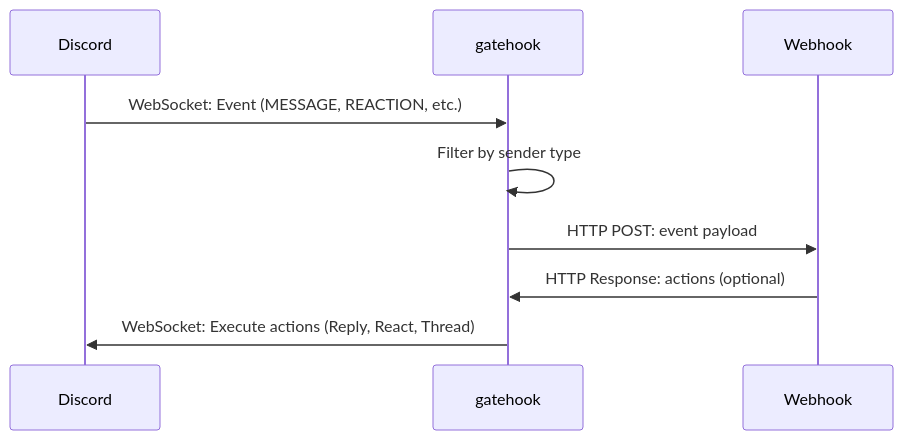
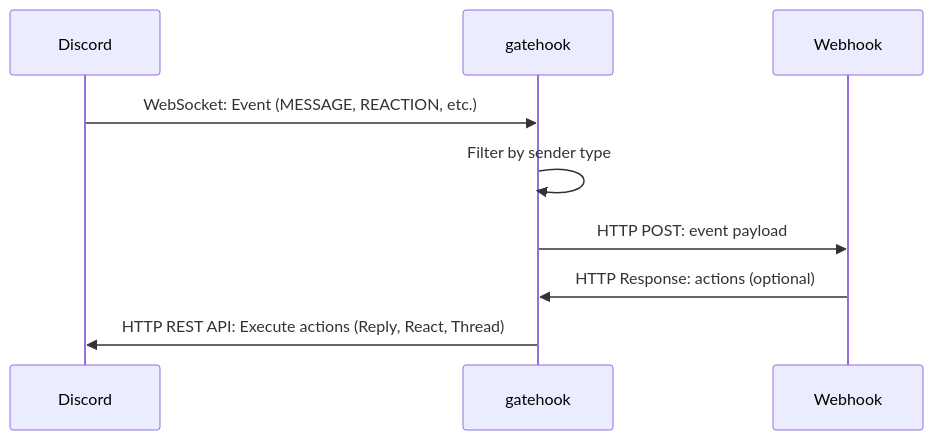
One commit to a24k/gatehook changed the diagram in README.md. Above: the diagram before and after it, drawn with Mermaid.

Commit message:
docs: Fix protocol for Discord action execution
Correct protocol from WebSocket to HTTP REST API for action execution.
Discord uses:
- WebSocket Gateway: Event reception (read-only)
- HTTP REST API: Action execution (write operations)

🤖 Generated with [Claude Code](https://claude.com/claude-code)

````diff
--- a/README.md
+++ b/README.md
@@ -20,12 +20,12 @@
 ```mermaid
 sequenceDiagram
     participant Discord
     participant gatehook
     participant Webhook
 
     Discord->>gatehook: WebSocket: Event (MESSAGE, REACTION, etc.)
     gatehook->>gatehook: Filter by sender type
     gatehook->>Webhook: HTTP POST: event payload
     Webhook->>gatehook: HTTP Response: actions (optional)
-    gatehook->>Discord: WebSocket: Execute actions (Reply, React, Thread)
+    gatehook->>Discord: HTTP REST API: Execute actions (Reply, React, Thread)
 ```
````
